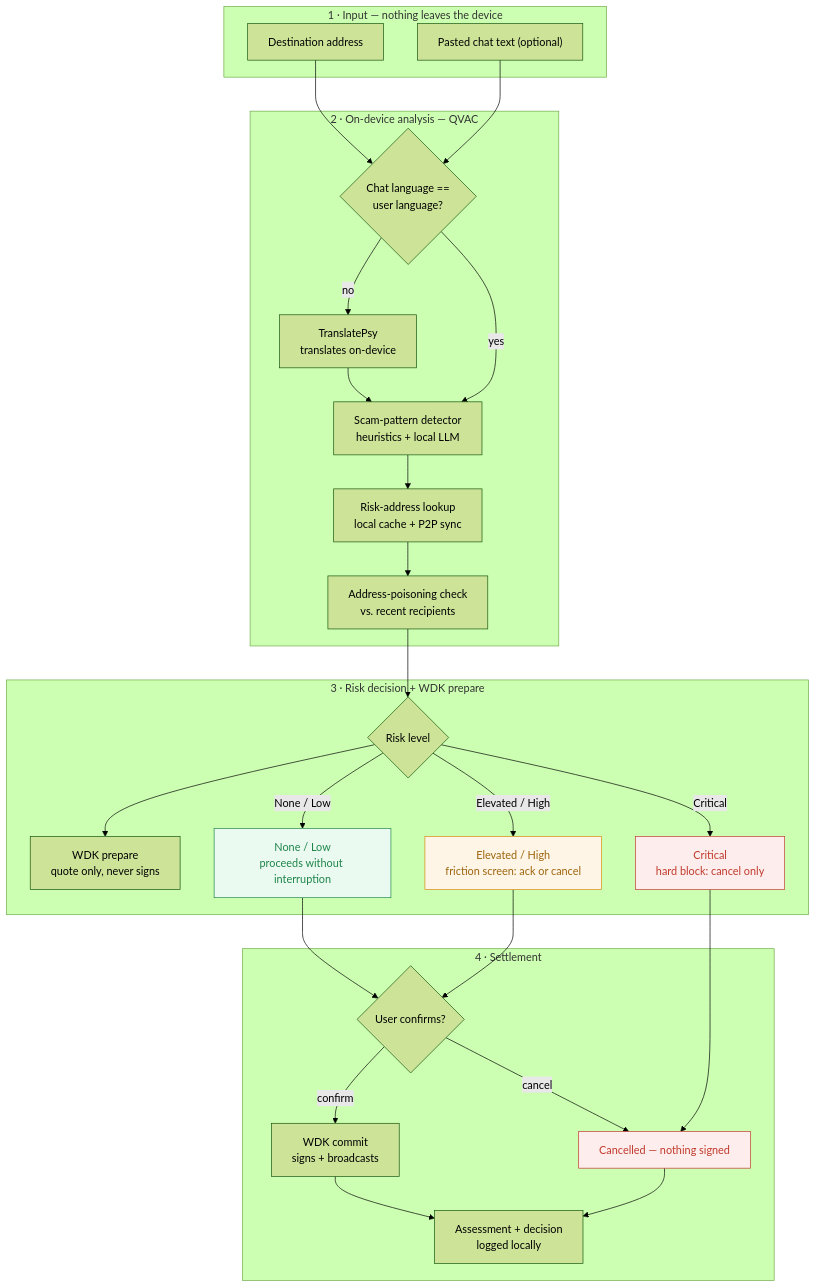
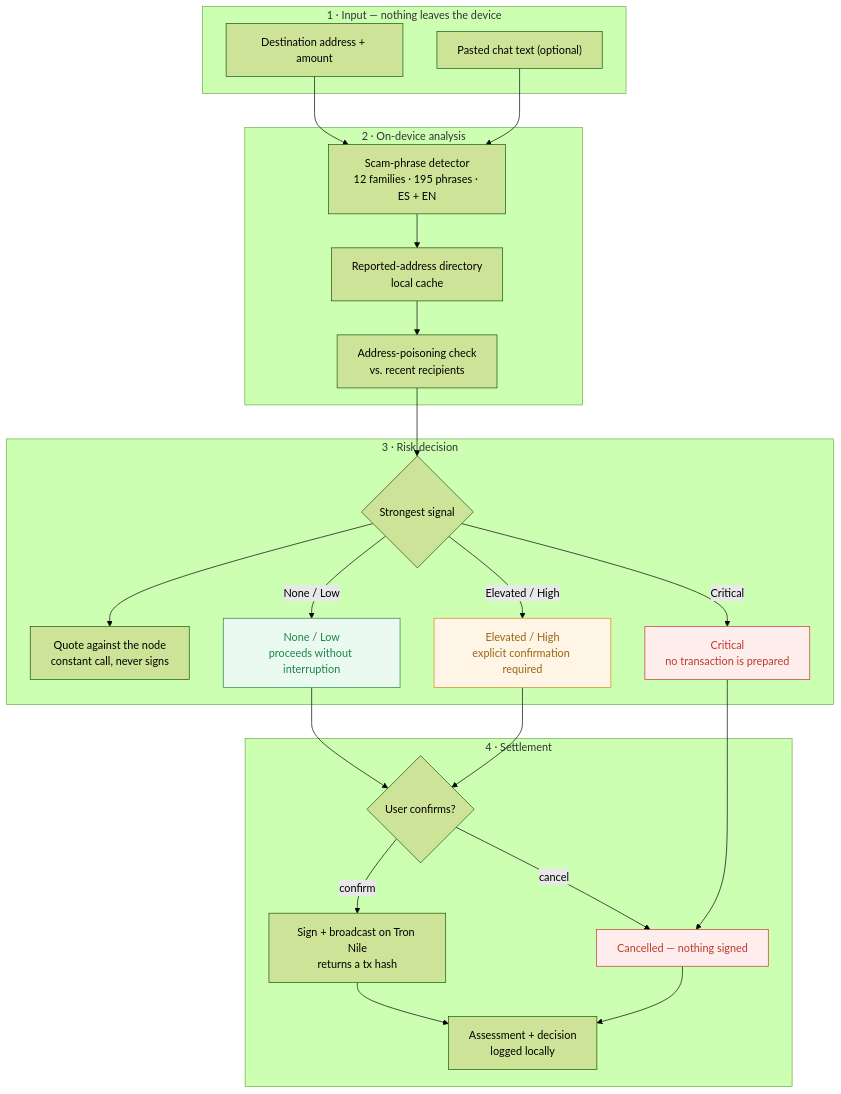
One commit to SunsetLabs-Game/custos changed the diagram in README.md. Above: the diagram before and after it, drawn with Mermaid (forest theme). The commit also changed other lines of this file and 1 other file, not shown here.

````diff
--- a/README.md
+++ b/README.md
@@ -91,52 +109,48 @@
 ```mermaid
 flowchart TD
     subgraph Input["1 · Input — nothing leaves the device"]
-        A["Destination address"]
+        A["Destination address + amount"]
         B["Pasted chat text (optional)"]
     end
 
-    subgraph Analysis["2 · On-device analysis — QVAC"]
-        C{"Chat language ==<br/>user language?"}
-        D["TranslatePsy<br/>translates on-device"]
-        E["Scam-pattern detector<br/>heuristics + local LLM"]
-        F["Risk-address lookup<br/>local cache + P2P sync"]
+    subgraph Analysis["2 · On-device analysis"]
+        E["Scam-phrase detector<br/>12 families · 195 phrases · ES + EN"]
+        F["Reported-address directory<br/>local cache"]
         G["Address-poisoning check<br/>vs. recent recipients"]
     end
 
-    subgraph Decision["3 · Risk decision + WDK prepare"]
-        H{"Risk level"}
-        Pr["WDK prepare<br/>quote only, never signs"]
+    subgraph Decision["3 · Risk decision"]
+        H{"Strongest signal"}
+        Pr["Quote against the node<br/>constant call, never signs"]
         I["None / Low<br/>proceeds without interruption"]
-        J["Elevated / High<br/>friction screen: ack or cancel"]
-        K["Critical<br/>hard block: cancel only"]
+        J["Elevated / High<br/>explicit confirmation required"]
+        K["Critical<br/>no transaction is prepared"]
     end
 
     subgraph Settlement["4 · Settlement"]
         M{"User confirms?"}
-        N["WDK commit<br/>signs + broadcasts"]
+        N["Sign + broadcast on Tron Nile<br/>returns a tx hash"]
         O["Cancelled — nothing signed"]
         Q["Assessment + decision<br/>logged locally"]
     end
 
-    A --> C
-    B --> C
-    C -- no --> D --> E
-    C -- yes --> E
+    A --> E
+    B --> E
     E --> F --> G --> H
     H --> Pr
     H -- "None / Low" --> I
     H -- "Elevated / High" --> J
     H -- Critical --> K
     I --> M
     J --> M
     K --> O
     M -- confirm --> N --> Q
     M -- cancel --> O --> Q
 
     classDef ok fill:#eafaf1,stroke:#1e8449,color:#1e8449;
     classDef warn fill:#fef5e7,stroke:#d68910,color:#9c640c;
     classDef block fill:#fdedec,stroke:#c0392b,color:#c0392b;
     class I ok
     class J warn
     class K,O block
 ```
````
